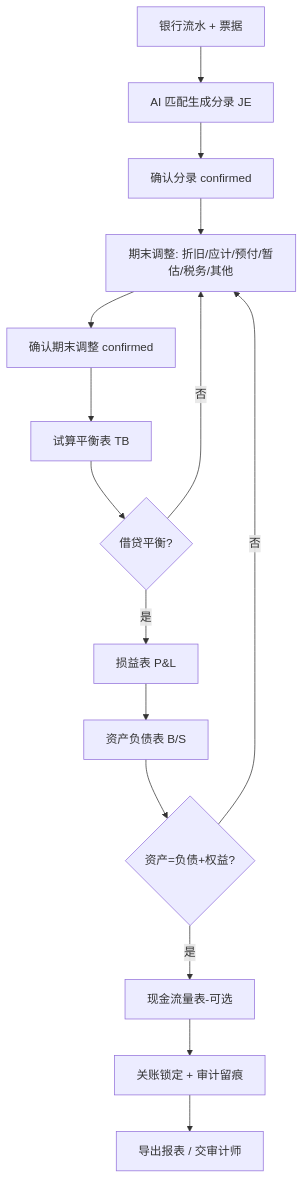
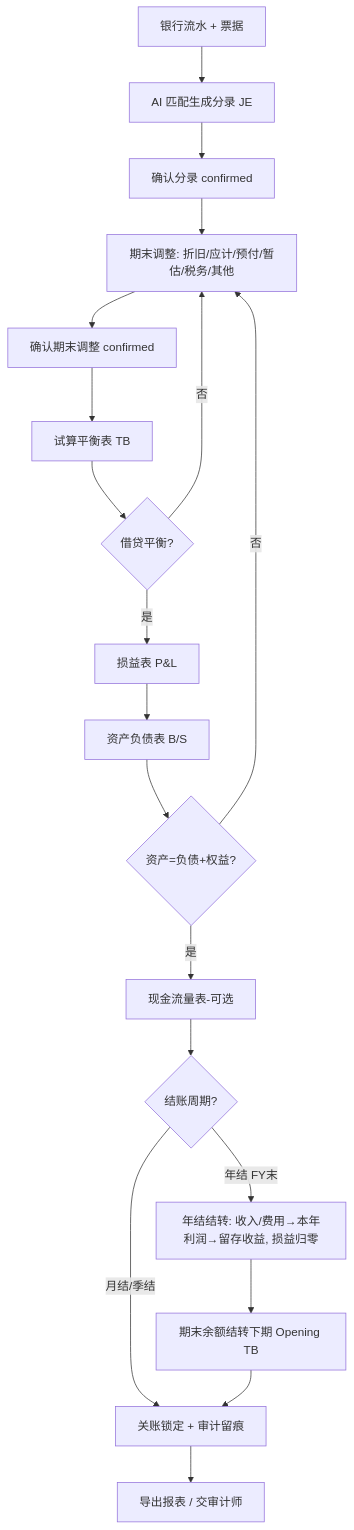
The diagram in docs/财务报告生成规则与说明.md (xiahan3/leapex), drawn with Mermaid before and after one commit. The commit also changed other lines of this file and 2 other files, not shown here.

````diff
--- a/docs/财务报告生成规则与说明.md
+++ b/docs/财务报告生成规则与说明.md
@@ -139,17 +206,21 @@
 ```mermaid
 flowchart TD
   A[银行流水 + 票据] --> B[AI 匹配生成分录 JE]
   B --> C[确认分录 confirmed]
   C --> D[期末调整: 折旧/应计/预付/暂估/税务/其他]
   D --> E[确认期末调整 confirmed]
   E --> F[试算平衡表 TB]
   F --> G{借贷平衡?}
   G -- 否 --> D
   G -- 是 --> H[损益表 P&L]
   H --> I[资产负债表 B/S]
   I --> J{资产=负债+权益?}
   J -- 否 --> D
   J -- 是 --> K[现金流量表-可选]
-  K --> L[关账锁定 + 审计留痕]
+  K --> CL{结账周期?}
+  CL -- 月结/季结 --> L[关账锁定 + 审计留痕]
+  CL -- 年结 FY末 --> YC[年结结转: 收入/费用→本年利润→留存收益, 损益归零]
+  YC --> CF[期末余额结转下期 Opening TB]
+  CF --> L
   L --> M[导出报表 / 交审计师]
 ```
````
